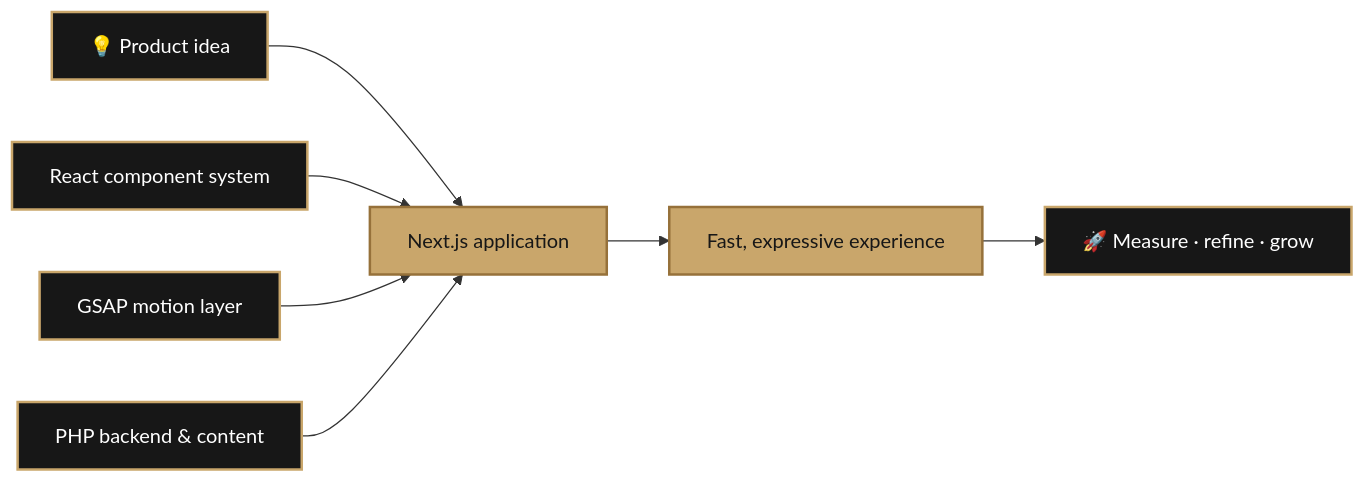
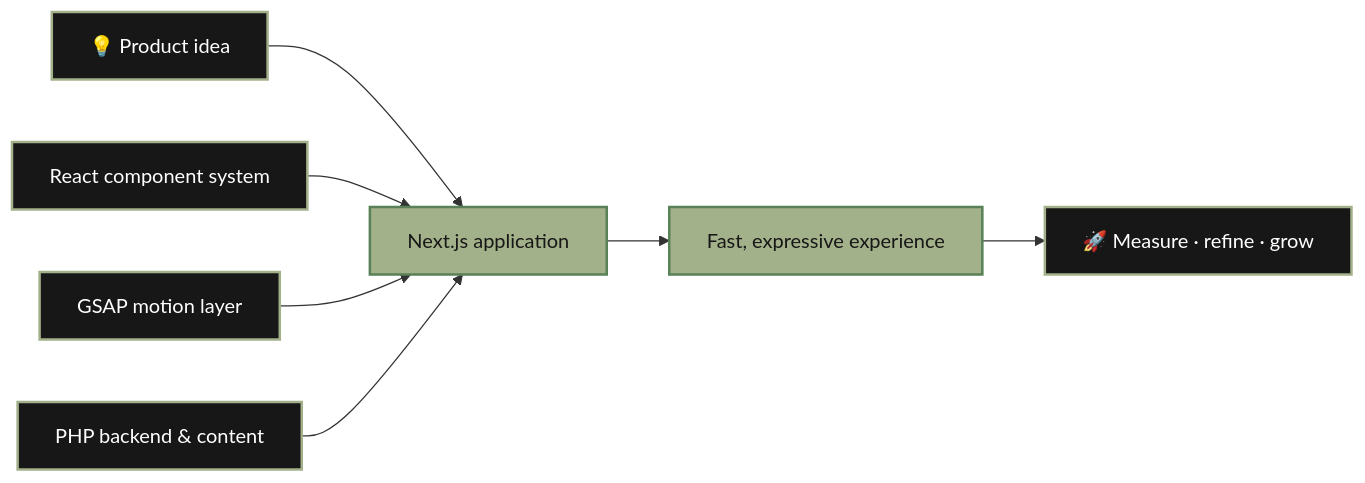
One commit to joshuacalebdavids/joshuacalebdavids changed the diagram in README.md. Above: the diagram before and after it, drawn with Mermaid. The commit also changed other lines of this file and 2 other files, not shown here.

Commit message:
Switch profile branding to sage green

````diff
--- a/README.md
+++ b/README.md
@@ -50,14 +50,14 @@
 ```mermaid
 flowchart LR
     A["💡 Product idea"] --> B["Next.js application"]
     C["React component system"] --> B
     D["GSAP motion layer"] --> B
     E["PHP backend & content"] --> B
     B --> F["Fast, expressive experience"]
     F --> G["🚀 Measure · refine · grow"]
 
-    classDef gold fill:#C9A66B,stroke:#96713A,color:#171717,stroke-width:2px;
-    classDef dark fill:#171717,stroke:#C9A66B,color:#FFFFFF,stroke-width:2px;
-    class B,F gold;
+    classDef sage fill:#A3B18A,stroke:#588157,color:#171717,stroke-width:2px;
+    classDef dark fill:#171717,stroke:#A3B18A,color:#FFFFFF,stroke-width:2px;
+    class B,F sage;
     class A,C,D,E,G dark;
 ```
````
